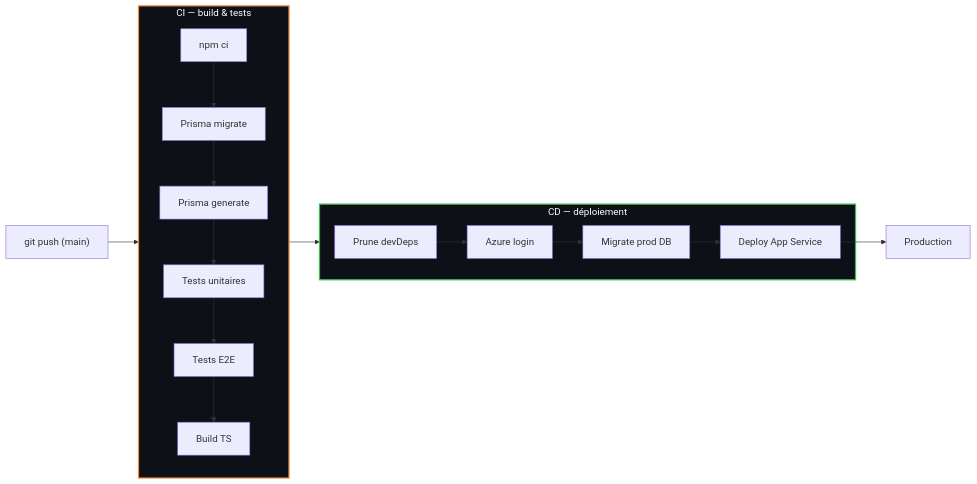
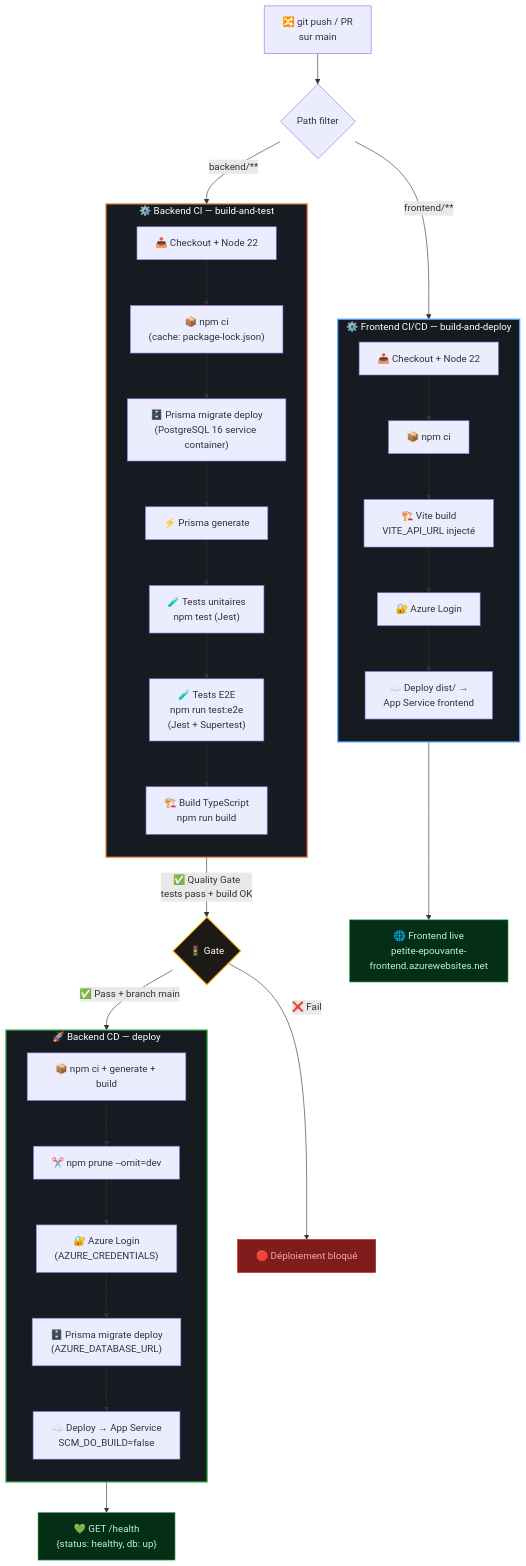
One commit to marichanae/Mariama changed the second of 6 diagrams in documentation/03-schemas-mermaid.md. Above: the diagram before and after it, drawn with Mermaid. The commit also changed other lines of this file, not shown here.

First line of the commit message:
docs: rewrite all Mermaid diagrams — architecture, CI/CD, JWT+RBAC, DevSecOps, checkout security

````diff
--- a/documentation/03-schemas-mermaid.md
+++ b/documentation/03-schemas-mermaid.md
@@ -30,20 +67,47 @@
 ```mermaid
-graph LR
-  PUSH["git push (main)"] --> CI
+flowchart TB
+  PUSH["🔀 git push / PR\nsur main"] --> TRIGGER{"Path filter"}
+  TRIGGER -->|"backend/**"| BACK_CI
+  TRIGGER -->|"frontend/**"| FRONT_CI
 
-  subgraph CI["CI — build & tests"]
-    I["npm ci"] --> M["Prisma migrate"] --> G["Prisma generate"]
-    G --> U["Tests unitaires"] --> E["Tests E2E"] --> B["Build TS"]
+  subgraph BACK_CI["⚙️ Backend CI — build-and-test"]
+    direction TB
+    BC1["📥 Checkout + Node 22"] --> BC2["📦 npm ci\n(cache: package-lock.json)"]
+    BC2 --> BC3["🗄️ Prisma migrate deploy\n(PostgreSQL 16 service container)"]
+    BC3 --> BC4["⚡ Prisma generate"]
+    BC4 --> BC5["🧪 Tests unitaires\nnpm test (Jest)"]
+    BC5 --> BC6["🧪 Tests E2E\nnpm run test:e2e\n(Jest + Supertest)"]
+    BC6 --> BC7["🏗️ Build TypeScript\nnpm run build"]
   end
 
-  CI --> CD
+  BC7 -->|"✅ Quality Gate\ntests pass + build OK"| GATE{"🚦 Gate"}
+  GATE -->|"❌ Fail"| STOP["🛑 Déploiement bloqué"]
+  GATE -->|"✅ Pass + branch main"| BACK_CD
 
-  subgraph CD["CD — déploiement"]
-    P["Prune devDeps"] --> L["Azure login"] --> MP["Migrate prod DB"] --> D["Deploy App Service"]
+  subgraph BACK_CD["🚀 Backend CD — deploy"]
+    direction TB
+    BD1["📦 npm ci + generate + build"] --> BD2["✂️ npm prune --omit=dev"]
+    BD2 --> BD3["🔐 Azure Login\n(AZURE_CREDENTIALS)"]
+    BD3 --> BD4["🗄️ Prisma migrate deploy\n(AZURE_DATABASE_URL)"]
+    BD4 --> BD5["☁️ Deploy → App Service\nSCM_DO_BUILD=false"]
   end
 
-  D --> PROD["Production"]
+  subgraph FRONT_CI["⚙️ Frontend CI/CD — build-and-deploy"]
+    direction TB
+    FC1["📥 Checkout + Node 22"] --> FC2["📦 npm ci"]
+    FC2 --> FC3["🏗️ Vite build\nVITE_API_URL injecté"]
+    FC3 --> FC4["🔐 Azure Login"]
+    FC4 --> FC5["☁️ Deploy dist/ →\nApp Service frontend"]
+  end
 
-  style CI fill:#0d1117,stroke:#f0883e,stroke-width:2px,color:#fff
-  style CD fill:#0d1117,stroke:#3fb950,stroke-width:2px,color:#fff
+  BD5 --> HEALTH["💚 GET /health\n{status: healthy, db: up}"]
+  FC5 --> LIVE["🌐 Frontend live\npetite-epouvante-frontend.azurewebsites.net"]
+
+  style BACK_CI fill:#161b22,stroke:#f0883e,stroke-width:2px,color:#fff
+  style BACK_CD fill:#161b22,stroke:#3fb950,stroke-width:2px,color:#fff
+  style FRONT_CI fill:#161b22,stroke:#58a6ff,stroke-width:2px,color:#fff
+  style STOP fill:#7f1d1d,stroke:#b91c1c,color:#fca5a5
+  style GATE fill:#1c1917,stroke:#fbbf24,stroke-width:2px,color:#fff
+  style HEALTH fill:#052e16,stroke:#3fb950,color:#bbf7d0
+  style LIVE fill:#052e16,stroke:#3fb950,color:#bbf7d0
 ```
````
